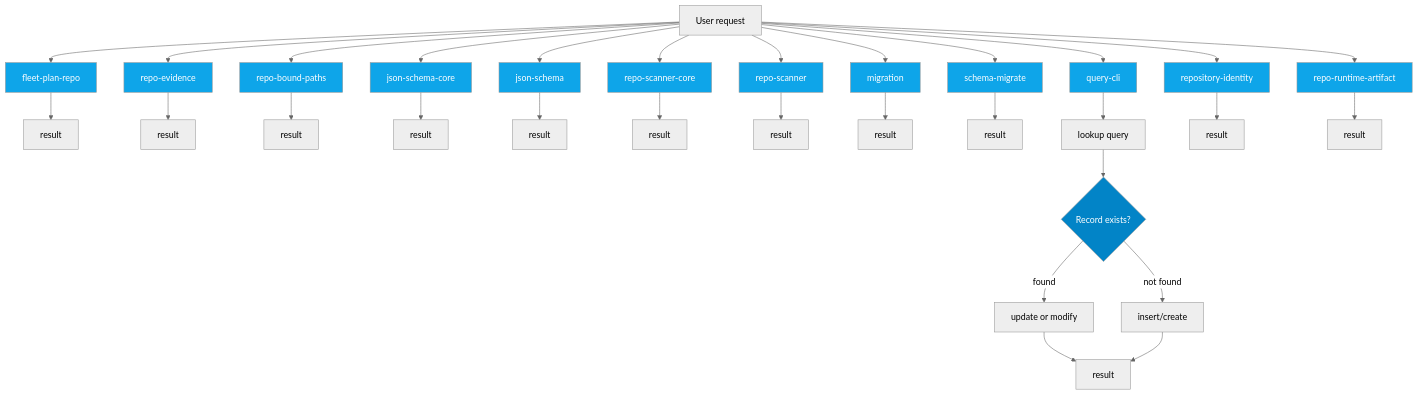
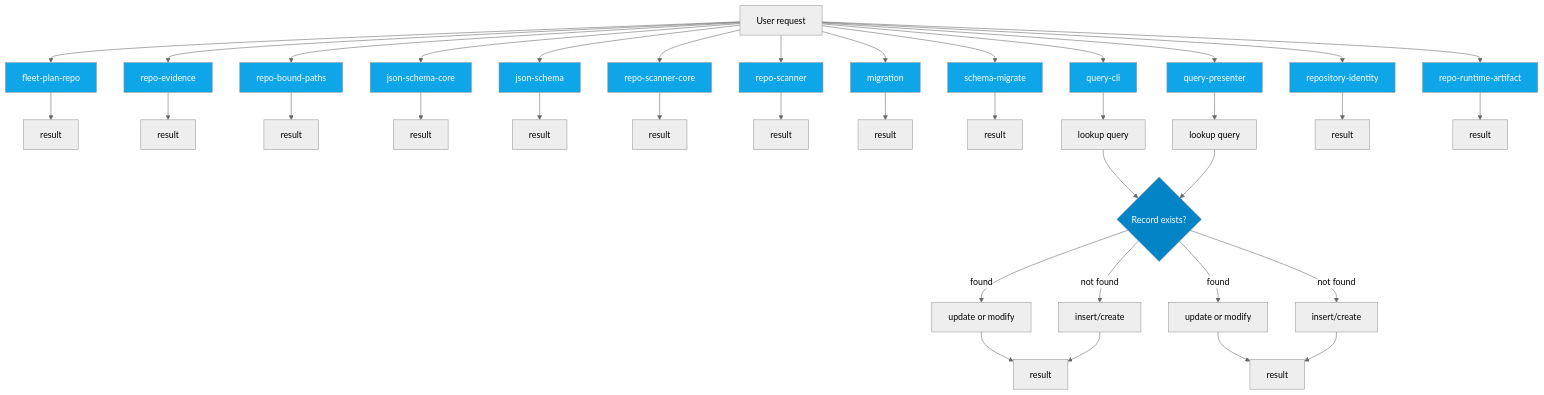
One commit to jscraik/coding-harness changed the sixth of 14 diagrams in AI/context/diagram-context.md. Above: the diagram before and after it, drawn with Mermaid (neutral theme). The commit also changed other lines of this file and 4 other files, not shown here.

First line of the commit message:
docs(architecture): refresh cockpit diagrams

````diff
--- a/AI/context/diagram-context.md
+++ b/AI/context/diagram-context.md
@@ -457,51 +482,59 @@
 ```mermaid
 flowchart TD
   UserRequest["User request"]
   Decision{Record exists?}
   fleet_plan_repo_ecdc6499["fleet-plan-repo"]
   UserRequest --> fleet_plan_repo_ecdc6499
   fleet_plan_repo_ecdc6499 --> fleet_plan_repo_ecdc6499_result["result"]
   repo_evidence_38bb1de5["repo-evidence"]
   UserRequest --> repo_evidence_38bb1de5
   repo_evidence_38bb1de5 --> repo_evidence_38bb1de5_result["result"]
   repo_bound_paths_e218b5b3["repo-bound-paths"]
   UserRequest --> repo_bound_paths_e218b5b3
   repo_bound_paths_e218b5b3 --> repo_bound_paths_e218b5b3_result["result"]
   json_schema_core_96d7e328["json-schema-core"]
   UserRequest --> json_schema_core_96d7e328
   json_schema_core_96d7e328 --> json_schema_core_96d7e328_result["result"]
   json_schema_74a768d7["json-schema"]
   UserRequest --> json_schema_74a768d7
   json_schema_74a768d7 --> json_schema_74a768d7_result["result"]
   repo_scanner_core_8e9f7646["repo-scanner-core"]
   UserRequest --> repo_scanner_core_8e9f7646
   repo_scanner_core_8e9f7646 --> repo_scanner_core_8e9f7646_result["result"]
   repo_scanner_a8b2579e["repo-scanner"]
   UserRequest --> repo_scanner_a8b2579e
   repo_scanner_a8b2579e --> repo_scanner_a8b2579e_result["result"]
   migration_8a6cead4["migration"]
   UserRequest --> migration_8a6cead4
   migration_8a6cead4 --> migration_8a6cead4_result["result"]
   schema_migrate_c0646635["schema-migrate"]
   UserRequest --> schema_migrate_c0646635
   schema_migrate_c0646635 --> schema_migrate_c0646635_result["result"]
   query_cli_b95be64d["query-cli"]
   UserRequest --> query_cli_b95be64d
   query_cli_b95be64d --> query_cli_b95be64d_lookup["lookup query"]
   query_cli_b95be64d_lookup --> Decision
   Decision -->|found| query_cli_b95be64d_update["update or modify"]
   Decision -->|not found| query_cli_b95be64d_create["insert/create"]
   query_cli_b95be64d_update --> query_cli_b95be64d_result["result"]
   query_cli_b95be64d_create --> query_cli_b95be64d_result["result"]
+  query_presenter_02e6077c["query-presenter"]
+  UserRequest --> query_presenter_02e6077c
+  query_presenter_02e6077c --> query_presenter_02e6077c_lookup["lookup query"]
+  query_presenter_02e6077c_lookup --> Decision
+  Decision -->|found| query_presenter_02e6077c_update["update or modify"]
+  Decision -->|not found| query_presenter_02e6077c_create["insert/create"]
+  query_presenter_02e6077c_update --> query_presenter_02e6077c_result["result"]
+  query_presenter_02e6077c_create --> query_presenter_02e6077c_result["result"]
   repository_identity_9dc13d37["repository-identity"]
   UserRequest --> repository_identity_9dc13d37
   repository_identity_9dc13d37 --> repository_identity_9dc13d37_result["result"]
   repo_runtime_artifact_139c0fbd["repo-runtime-artifact"]
   UserRequest --> repo_runtime_artifact_139c0fbd
   repo_runtime_artifact_139c0fbd --> repo_runtime_artifact_139c0fbd_result["result"]
   classDef dbNode fill:#0ea5e9,color:#fff
-  class fleet_plan_repo_ecdc6499,repo_evidence_38bb1de5,repo_bound_paths_e218b5b3,json_schema_core_96d7e328,json_schema_74a768d7,repo_scanner_core_8e9f7646,repo_scanner_a8b2579e,migration_8a6cead4,schema_migrate_c0646635,query_cli_b95be64d,repository_identity_9dc13d37,repo_runtime_artifact_139c0fbd dbNode
+  class fleet_plan_repo_ecdc6499,repo_evidence_38bb1de5,repo_bound_paths_e218b5b3,json_schema_core_96d7e328,json_schema_74a768d7,repo_scanner_core_8e9f7646,repo_scanner_a8b2579e,migration_8a6cead4,schema_migrate_c0646635,query_cli_b95be64d,query_presenter_02e6077c,repository_identity_9dc13d37,repo_runtime_artifact_139c0fbd dbNode
   classDef decisionNode fill:#0284c7,color:#fff
   class Decision decisionNode
 
 ```
````
